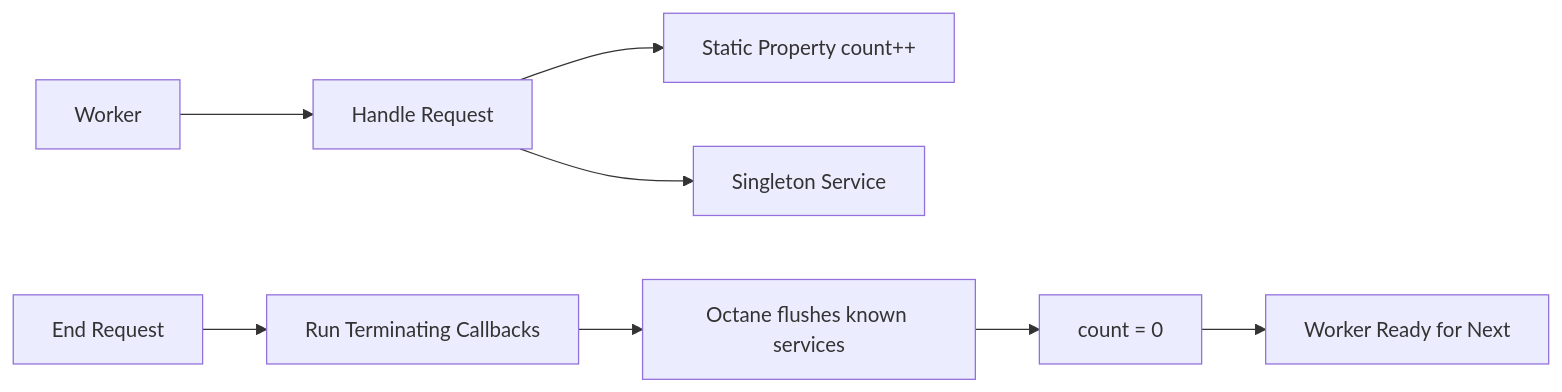
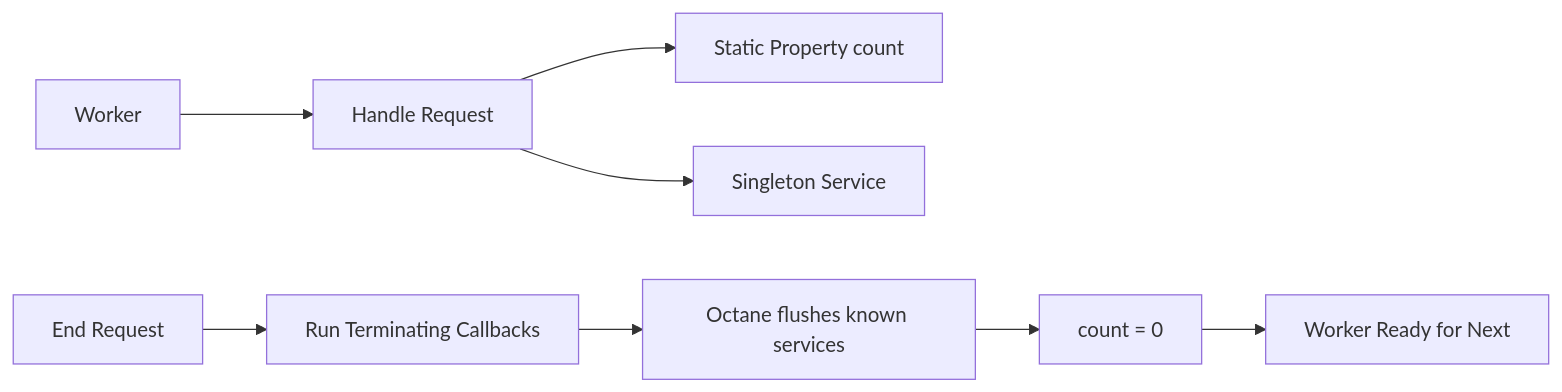
Before and after one commit to subhashladumor1/laravel-mastery-roadmap: the third of 4 diagrams in diagrams/07-octane-architecture.md, drawn with Mermaid. The commit also changed other lines of this file and 6 other files, not shown here.

First line of the commit message:
diagram rich issue

````diff
--- a/diagrams/07-octane-architecture.md
+++ b/diagrams/07-octane-architecture.md
@@ -53,11 +53,11 @@
 ```mermaid
 graph LR
     Worker --> Request[Handle Request]
-    Request --> Static[Static Property count++]
+    Request --> Static[Static Property count]
     Request --> Single[Singleton Service]
     
     Response[End Request] --> Clean[Run Terminating Callbacks]
     Clean --> Flush[Octane flushes known services]
     Flush --> Reset[count = 0]
     Reset --> Ready[Worker Ready for Next]
 ```
````
